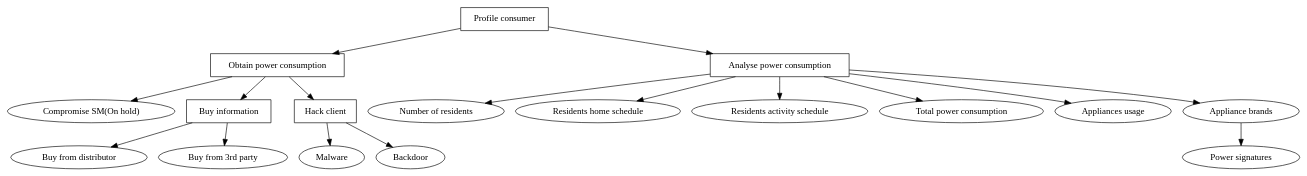
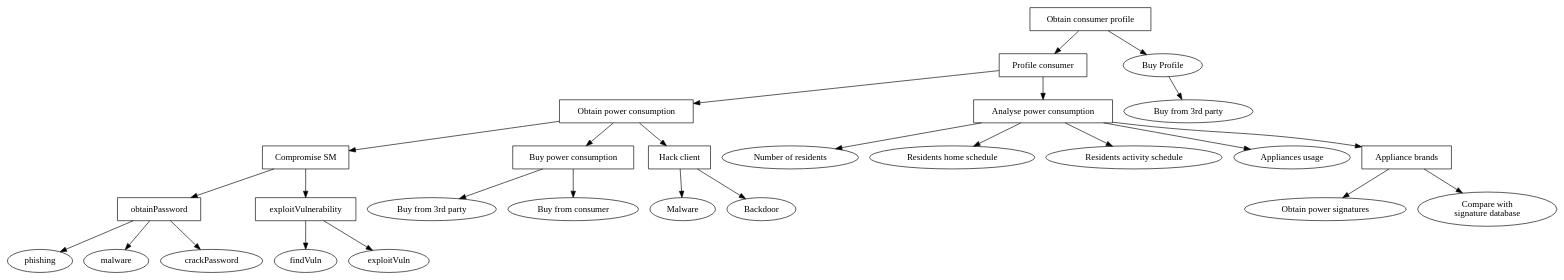
Before and after one commit to des904e15/report: the diagram in figures/graphviz/information_stealing_vs_consumer_tree.dot, drawn with Graphviz. The commit also changed 12 other files, not shown here.

```diff
--- a/figures/graphviz/information_stealing_vs_consumer_tree.dot
+++ b/figures/graphviz/information_stealing_vs_consumer_tree.dot
@@ -1,35 +1,57 @@
 digraph G{
 	node [style=filled fillcolor=white]
 
-	root[label="Profile consumer",shape=AND];
+	root[label="Obtain consumer profile",shape=OR];	
+
+	root -> profile;
+	buyProfile[label="Buy Profile"];
+	root -> buyProfile;
+
+	buy_third_party2[label="Buy from 3rd party"];
+	buyProfile ->  buy_third_party2;
+
+	profile[label="Profile consumer",shape=AND];
 
 	obtain_information[label="Obtain power consumption",shape=OR];
 	analyse_power_consumption[label="Analyse power consumption",shape=OR];
 
-	compromise_sm[label="Compromise SM(On hold)"];
-	buy_information[label="Buy information",shape=OR]
+	compromise_sm[label="Compromise SM",shape=OR];
+		compromise_sm -> obtainPassword;
+		compromise_sm -> exploitVulnerability;
+
+		obtainPassword[shape=OR];
+		obtainPassword -> phishing;
+		malware2[label="malware"];
+		obtainPassword -> malware2;
+		obtainPassword -> crackPassword;
+
+		exploitVulnerability[shape=AND];
+		exploitVulnerability -> findVuln;
+		exploitVulnerability -> exploitVuln;
+
+	buy_information[label="Buy power consumption",shape=OR]
 	hack_client[label="Hack client",shape=OR];
 	residents[label="Number of residents"];
 	home[label="Residents home schedule"];
 	activity_residents[label="Residents activity schedule"];
-	total[label="Total power consumption"];
 	when_appl[label="Appliances usage"];
-	what_appl[label="Appliance brands"];
+	what_appl[label="Appliance brands",shape=AND];
 
-	buy_distributor[label="Buy from distributor"];
 	buy_third_party[label="Buy from 3rd party"];
+	buy_from_consumer[label="Buy from consumer"];
 	
 	malware[label="Malware"];
 	backdoor[label="Backdoor"];
-	power_signatures[label="Power signatures"]
+	power_signatures[label="Obtain power signatures"];
+	power_compare[label="Compare with \nsignature database"]
 	
 
-	root -> obtain_information, analyse_power_consumption;
+	profile -> obtain_information, analyse_power_consumption;
 	obtain_information -> compromise_sm, buy_information, hack_client;
-	analyse_power_consumption -> total, residents, activity_residents, home, when_appl, what_appl;
-	buy_information -> buy_distributor, buy_third_party;
+	analyse_power_consumption ->  residents, activity_residents, home, when_appl, what_appl;
+	buy_information -> buy_third_party, buy_from_consumer;
 	hack_client -> malware, backdoor;
 
-	what_appl -> power_signatures;
+	what_appl -> power_signatures, power_compare;
 	
 	}
```
